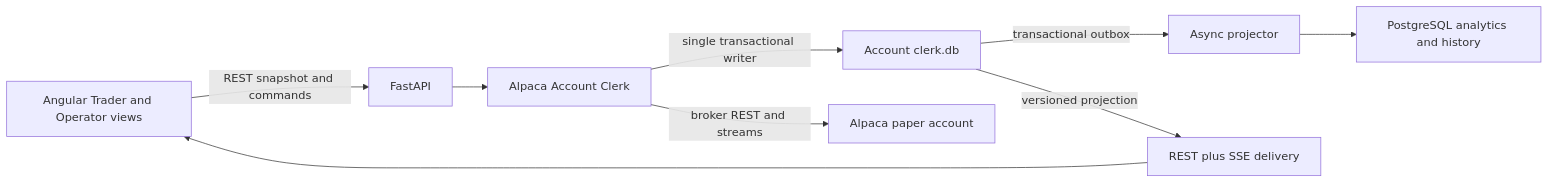
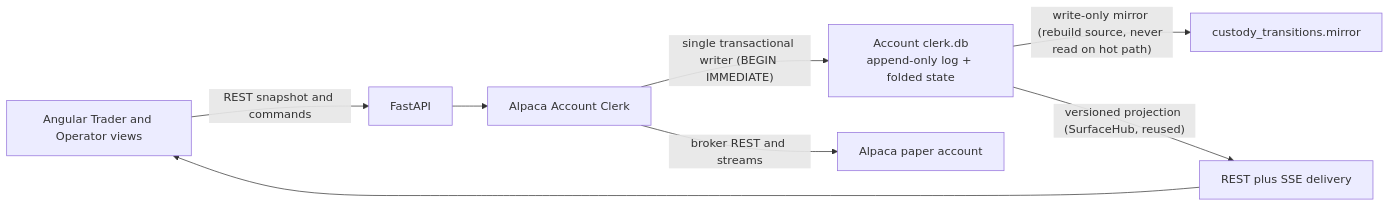
Before and after one commit to tim1016/learn-ai: the first of 2 diagrams in docs/prds/alpaca-account-clerk-sqlite-control-plane.md, drawn with Mermaid. The commit also changed other lines of this file and 2 other files, not shown here.

First line of the commit message:
docs(alpaca-clerk): reshape SQLite PRD to event-sourced authority + ADR 0035

````diff
--- a/docs/prds/alpaca-account-clerk-sqlite-control-plane.md
+++ b/docs/prds/alpaca-account-clerk-sqlite-control-plane.md
@@ -258,11 +294,10 @@
 ```mermaid
 flowchart LR
     UI["Angular Trader and Operator views"] -->|"REST snapshot and commands"| API["FastAPI"]
     API --> CLERK["Alpaca Account Clerk"]
-    CLERK -->|"single transactional writer"| SQLITE["Account clerk.db"]
+    CLERK -->|"single transactional writer (BEGIN IMMEDIATE)"| SQLITE["Account clerk.db<br/>append-only log + folded state"]
     CLERK -->|"broker REST and streams"| ALPACA["Alpaca paper account"]
-    SQLITE -->|"transactional outbox"| PROJECTOR["Async projector"]
-    PROJECTOR --> POSTGRES["PostgreSQL analytics and history"]
-    SQLITE -->|"versioned projection"| SSE["REST plus SSE delivery"]
+    SQLITE -->|"write-only mirror (rebuild source, never read on hot path)"| MIRROR["custody_transitions.mirror"]
+    SQLITE -->|"versioned projection (SurfaceHub, reused)"| SSE["REST plus SSE delivery"]
     SSE --> UI
 ```
````
